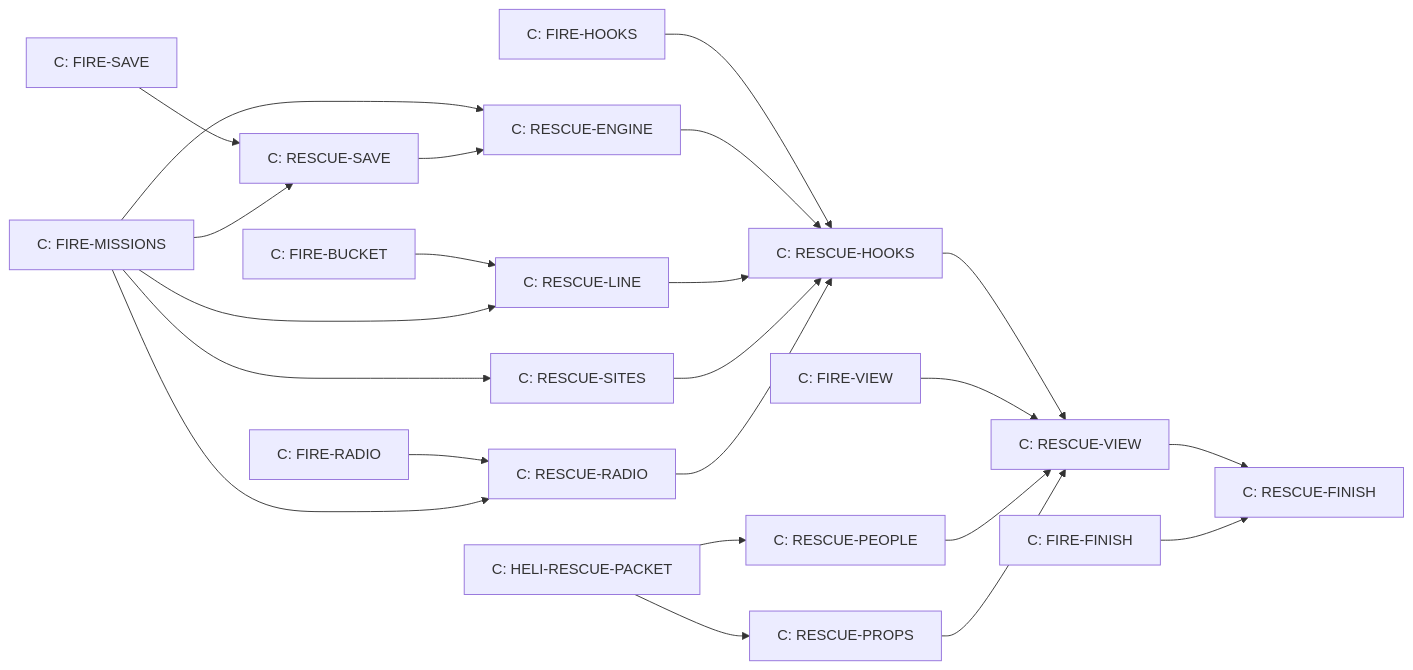
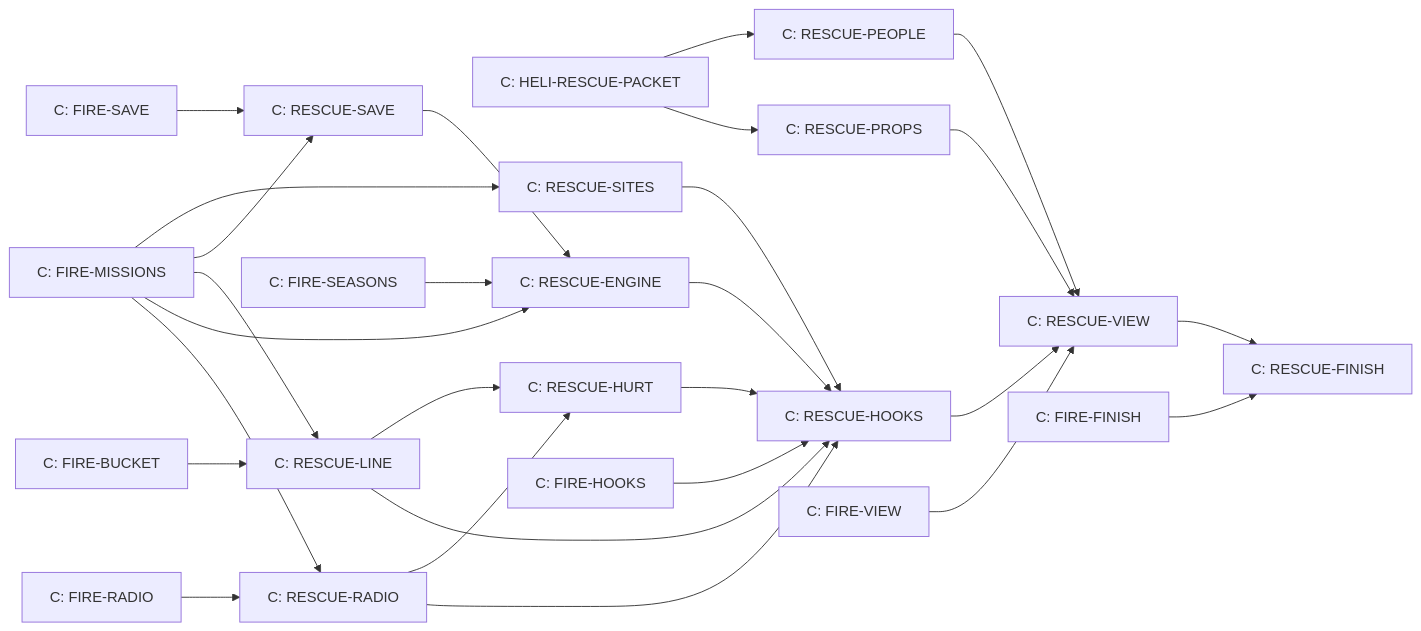
Before and after one commit to Dukes0O/the-duel-remake: the diagram in docs/HELI_RESCUE.md, drawn with Mermaid. The commit also changed other lines of this file and 9 other files, not shown here.

````diff
--- a/docs/HELI_RESCUE.md
+++ b/docs/HELI_RESCUE.md
@@ -502,13 +564,14 @@
 ```mermaid
 flowchart LR
   P[C: HELI-RESCUE-PACKET] --> PE[C: RESCUE-PEOPLE]
   P --> PR[C: RESCUE-PROPS]
   FM[C: FIRE-MISSIONS] --> ST[C: RESCUE-SITES]
   FS[C: FIRE-SAVE] & FM --> SV[C: RESCUE-SAVE]
   FB[C: FIRE-BUCKET] & FM --> LN[C: RESCUE-LINE]
-  FM & SV --> EN[C: RESCUE-ENGINE]
+  FM & SV & SE[C: FIRE-SEASONS] --> EN[C: RESCUE-ENGINE]
   FR[C: FIRE-RADIO] & FM --> RD[C: RESCUE-RADIO]
-  FH[C: FIRE-HOOKS] & EN & LN & ST & RD --> HK[C: RESCUE-HOOKS]
+  LN & RD --> HU[C: RESCUE-HURT]
+  FH[C: FIRE-HOOKS] & EN & LN & ST & RD & HU --> HK[C: RESCUE-HOOKS]
   HK & FV[C: FIRE-VIEW] & PE & PR --> VW[C: RESCUE-VIEW]
   VW & FF[C: FIRE-FINISH] --> FN[C: RESCUE-FINISH]
 ```
````
